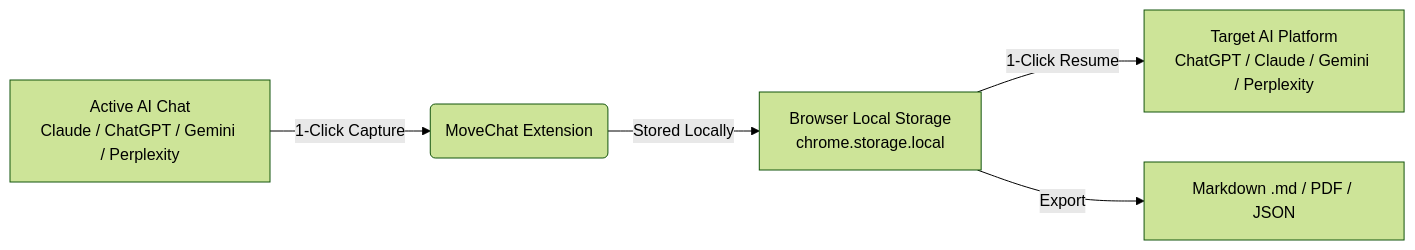
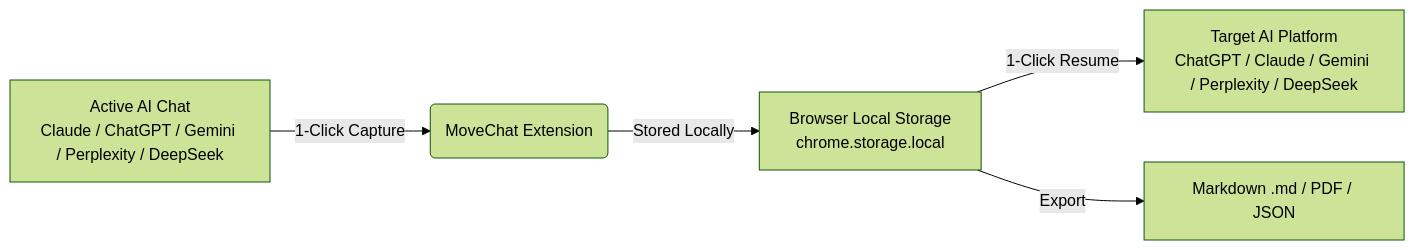
Before and after one commit to VC067/MoveChat: the diagram in README.md, drawn with Mermaid (forest theme). The commit also changed other lines of this file, not shown here.

Commit message:
docs: update README with DeepSeek support in platform tables, workflow, and permissions

````diff
--- a/README.md
+++ b/README.md
@@ -72,7 +73,7 @@
 ```mermaid
 graph LR
-    A[Active AI Chat<br/>Claude / ChatGPT / Gemini / Perplexity] -->|1-Click Capture| B(MoveChat Extension)
+    A[Active AI Chat<br/>Claude / ChatGPT / Gemini / Perplexity / DeepSeek] -->|1-Click Capture| B(MoveChat Extension)
     B -->|Stored Locally| C[Browser Local Storage<br/>chrome.storage.local]
-    C -->|1-Click Resume| D[Target AI Platform<br/>ChatGPT / Claude / Gemini / Perplexity]
+    C -->|1-Click Resume| D[Target AI Platform<br/>ChatGPT / Claude / Gemini / Perplexity / DeepSeek]
     C -->|Export| E[Markdown .md / PDF / JSON]
 ```
````
